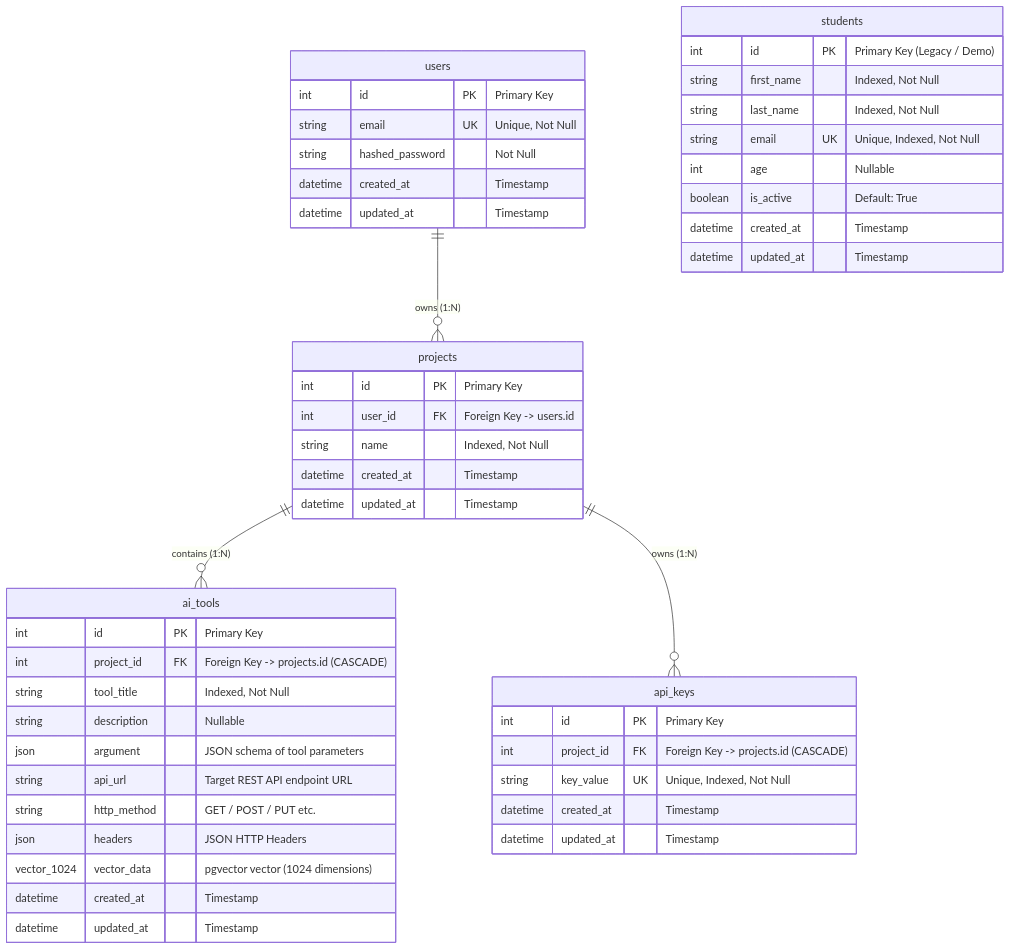
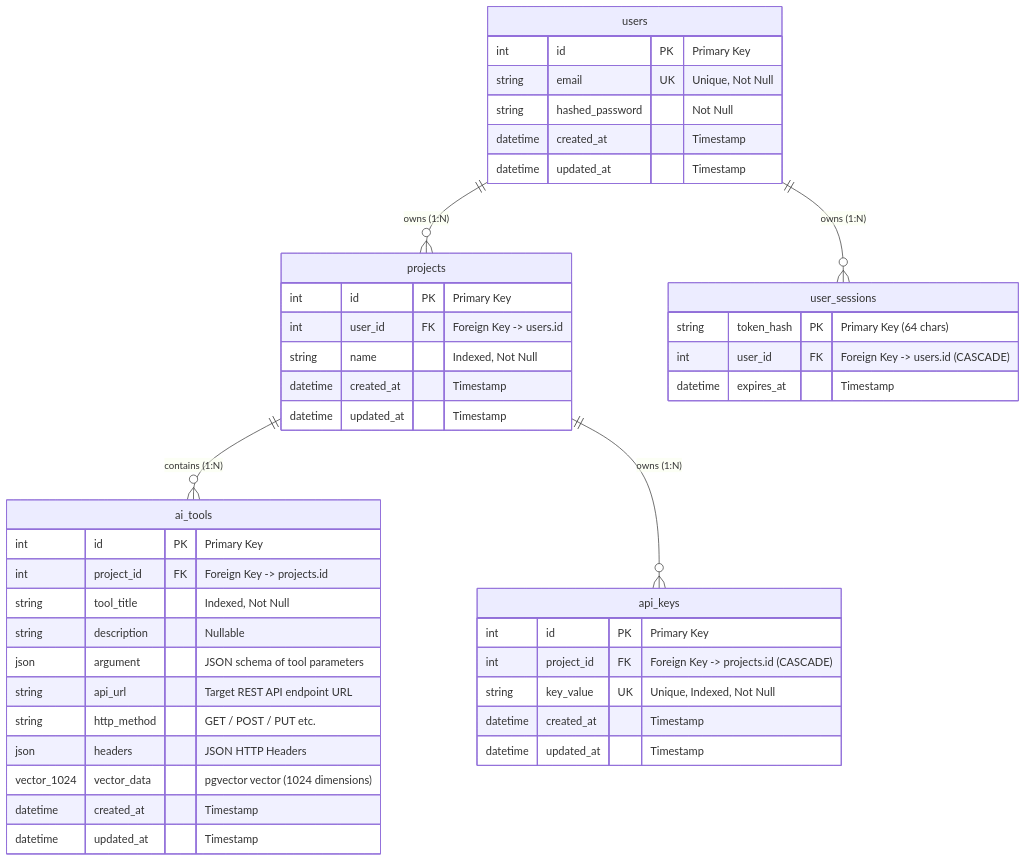
One commit to hashalagayendra/Reserch-Support-Backend changed the first of 2 diagrams in DATABASE_STRUCTURE.md. Above: the diagram before and after it, drawn with Mermaid. The commit also changed other lines of this file and 9 other files, not shown here.

````diff
--- a/DATABASE_STRUCTURE.md
+++ b/DATABASE_STRUCTURE.md
@@ -9,55 +9,51 @@
 ```mermaid
 erDiagram
     users ||--o{ projects : "owns (1:N)"
     projects ||--o{ ai_tools : "contains (1:N)"
     projects ||--o{ api_keys : "owns (1:N)"
+    users ||--o{ user_sessions : "owns (1:N)"
 
     users {
         int id PK "Primary Key"
         string email UK "Unique, Not Null"
         string hashed_password "Not Null"
         datetime created_at "Timestamp"
         datetime updated_at "Timestamp"
+    }
+
+    user_sessions {
+        string token_hash PK "Primary Key (64 chars)"
+        int user_id FK "Foreign Key -> users.id (CASCADE)"
+        datetime expires_at "Timestamp"
     }
 
     projects {
         int id PK "Primary Key"
         int user_id FK "Foreign Key -> users.id"
         string name "Indexed, Not Null"
         datetime created_at "Timestamp"
         datetime updated_at "Timestamp"
     }
 
     api_keys {
         int id PK "Primary Key"
         int project_id FK "Foreign Key -> projects.id (CASCADE)"
         string key_value UK "Unique, Indexed, Not Null"
         datetime created_at "Timestamp"
         datetime updated_at "Timestamp"
     }
 
     ai_tools {
         int id PK "Primary Key"
-        int project_id FK "Foreign Key -> projects.id (CASCADE)"
+        int project_id FK "Foreign Key -> projects.id"
         string tool_title "Indexed, Not Null"
         string description "Nullable"
         json argument "JSON schema of tool parameters"
         string api_url "Target REST API endpoint URL"
         string http_method "GET / POST / PUT etc."
         json headers "JSON HTTP Headers"
         vector_1024 vector_data "pgvector vector (1024 dimensions)"
         datetime created_at "Timestamp"
         datetime updated_at "Timestamp"
     }
-
-    students {
-        int id PK "Primary Key (Legacy / Demo)"
-        string first_name "Indexed, Not Null"
-        string last_name "Indexed, Not Null"
-        string email UK "Unique, Indexed, Not Null"
-        int age "Nullable"
-        boolean is_active "Default: True"
-        datetime created_at "Timestamp"
-        datetime updated_at "Timestamp"
-    }
 ```
````
